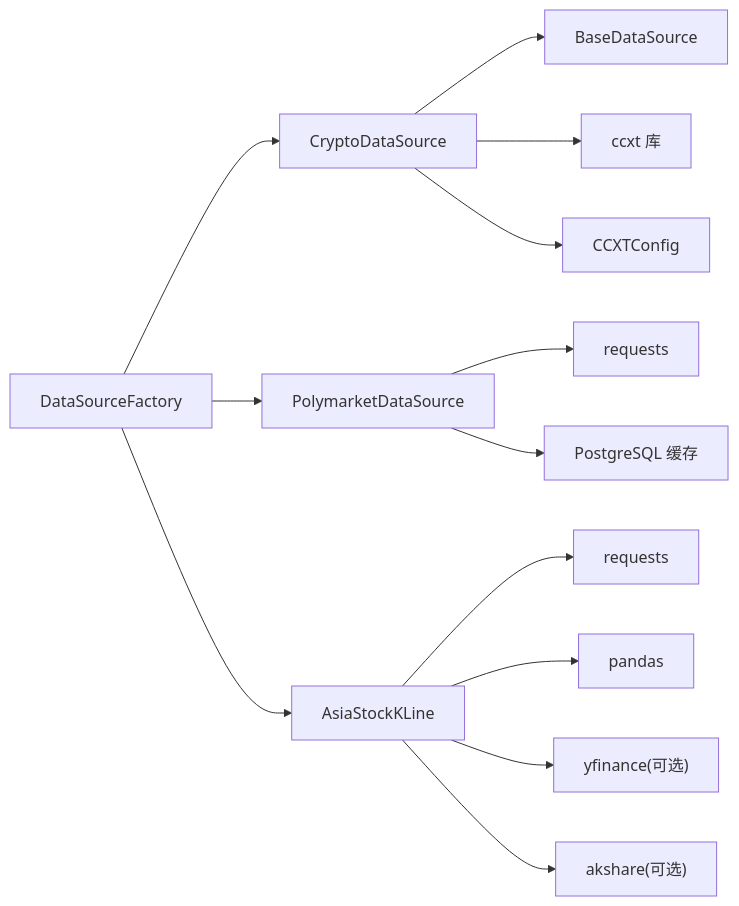
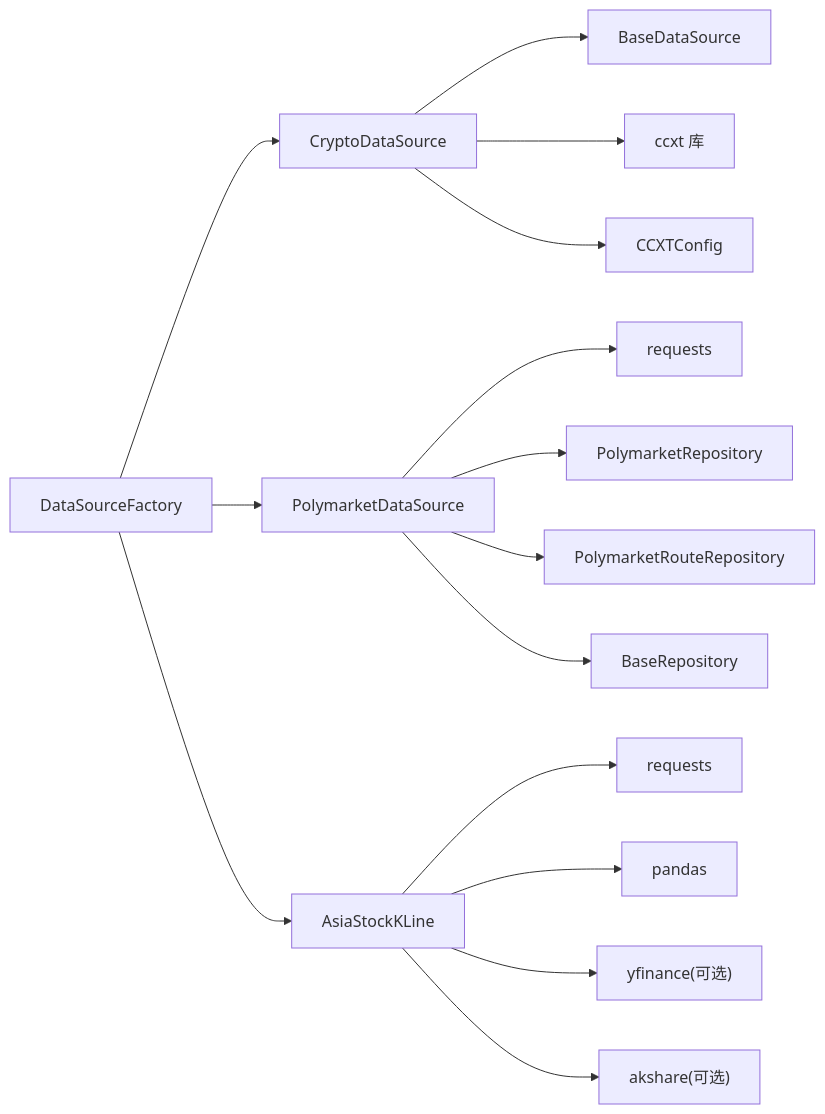
Before and after one commit to joezxh/QuantDinger: the sixth of 6 diagrams in .qoder/repowiki/zh/content/数据管理系统/数据源适配器/加密货币数据源.md, drawn with Mermaid. The commit also changed other lines of this file and 28 other files, not shown here.

````diff
--- a/.qoder/repowiki/zh/content/数据管理系统/数据源适配器/加密货币数据源.md
+++ b/.qoder/repowiki/zh/content/数据管理系统/数据源适配器/加密货币数据源.md
@@ -278,15 +336,17 @@
 ```mermaid
 graph LR
 Crypto["CryptoDataSource"] --> Base["BaseDataSource"]
 Crypto --> CCXT["ccxt 库"]
 Crypto --> CCXTConf["CCXTConfig"]
 Polymarket["PolymarketDataSource"] --> Requests["requests"]
-Polymarket --> DB["PostgreSQL 缓存"]
+Polymarket --> PolymarketRepo["PolymarketRepository"]
+Polymarket --> PolymarketRouteRepo["PolymarketRouteRepository"]
+Polymarket --> RepoBase["BaseRepository"]
 AsiaK["AsiaStockKLine"] --> Req["requests"]
 AsiaK --> Pandas["pandas"]
 AsiaK --> YF["yfinance(可选)"]
 AsiaK --> AK["akshare(可选)"]
 Factory["DataSourceFactory"] --> Crypto
 Factory --> Polymarket
 Factory --> AsiaK
 ```
````
